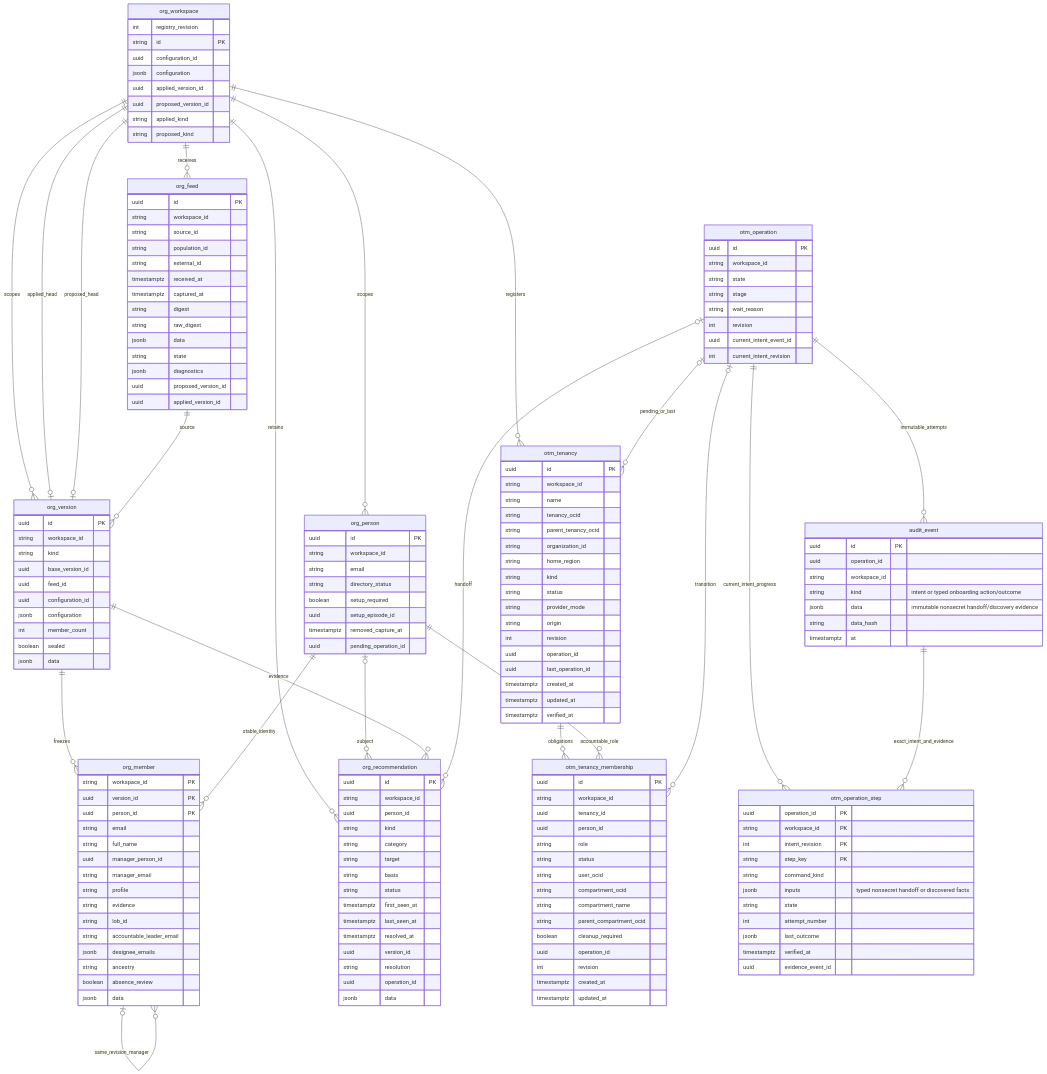
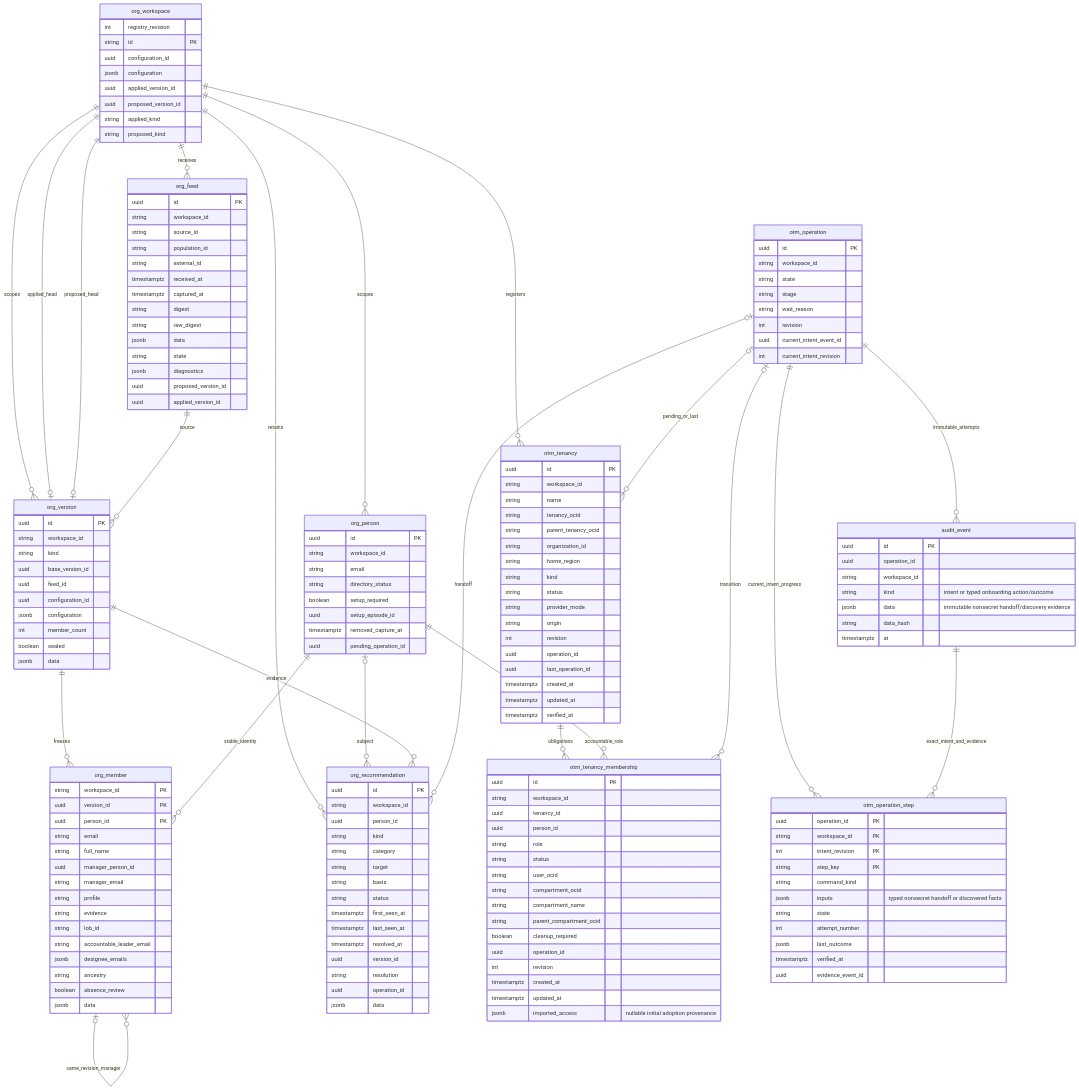
Before and after one commit to eshneken/oci-tenancy-manager: the diagram in docs/architecture/diagrams/organization-workflows-implemented.mmd, drawn with Mermaid. The commit also changed 94 other files, not shown here.

```diff
--- a/docs/architecture/diagrams/organization-workflows-implemented.mmd
+++ b/docs/architecture/diagrams/organization-workflows-implemented.mmd
@@ -1,3 +1,5 @@
+%% 17 November fresh empty-DB metadata reflection confirms0029 nullable membership JSONB; no new table/FK.
+%% Schema-only reflection does not imply workflow qualification or a saved8443 migration.
 erDiagram
   org_workspace ||--o{ org_person : scopes
   org_workspace ||--o{ org_feed : receives
@@ -134,6 +136,7 @@
     int revision
     timestamptz created_at
     timestamptz updated_at
+    jsonb imported_access "nullable initial adoption provenance"
   }
 
   otm_operation ||--o{ otm_operation_step : current_intent_progress
```
